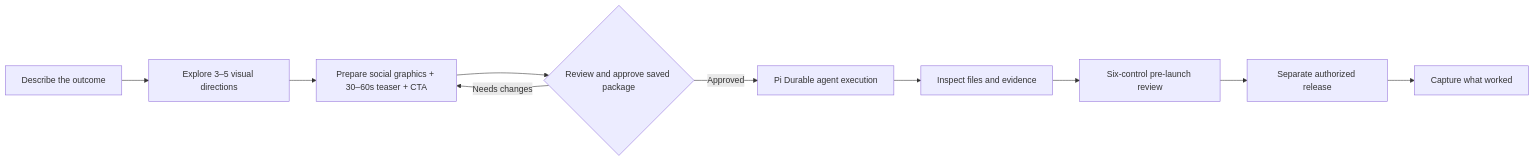
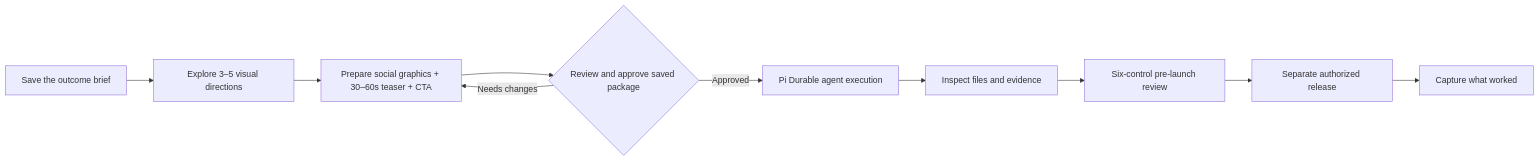
One commit to aegntic/aegntic-os-v2 changed the first of 4 diagrams in README.md. Above: the diagram before and after it, drawn with Mermaid. The commit also changed 10 other files, not shown here.

````diff
--- a/README.md
+++ b/README.md
@@ -33,12 +33,12 @@
 ```mermaid
 flowchart LR
-    Intent["Describe the outcome"] --> Direction["Explore 3–5 visual directions"]
+    Intent["Save the outcome brief"] --> Direction["Explore 3–5 visual directions"]
     Direction --> Kit["Prepare social graphics + 30–60s teaser + CTA"]
     Kit --> Approval{"Review and approve saved package"}
     Approval -->|Approved| Execute["Pi Durable agent execution"]
     Approval -->|Needs changes| Kit
     Execute --> Evidence["Inspect files and evidence"]
     Evidence --> Review["Six-control pre-launch review"]
     Review --> Release["Separate authorized release"]
     Release --> Learn["Capture what worked"]
 ```
````
